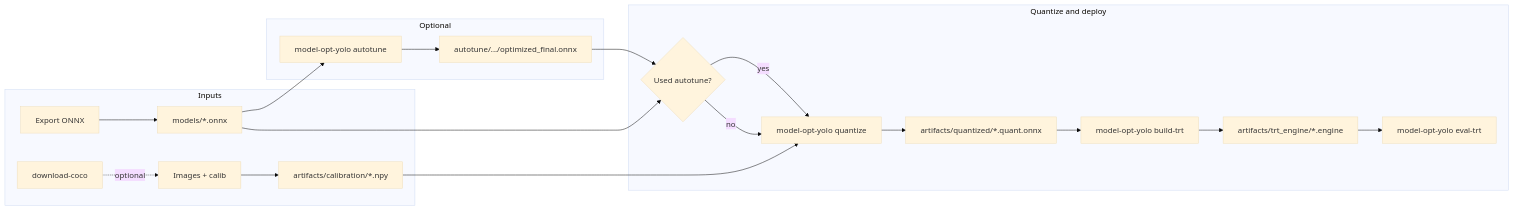
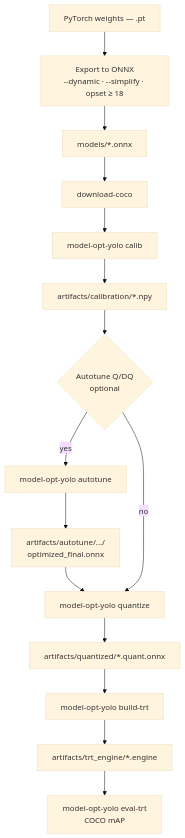
One commit to levipereira/Model-Optimizer-ONNX changed the diagram in README.md. Above: the diagram before and after it, drawn with Mermaid (base theme). The commit also changed other lines of this file and 2 other files, not shown here.

````diff
--- a/README.md
+++ b/README.md
@@ -43,24 +43,17 @@
 ```mermaid
-flowchart LR
-  subgraph prep [Inputs]
-    DC[download-coco] -.->|optional| IM[Images + calib]
-    A[Export ONNX] --> B[models/*.onnx]
-    IM --> D[artifacts/calibration/*.npy]
-  end
-  subgraph optional [Optional]
-    B --> E[model-opt-yolo autotune]
-    E --> F[autotune/.../optimized_final.onnx]
-  end
-  subgraph core [Quantize and deploy]
-    G{Used autotune?}
-    F --> G
-    B --> G
-    G -->|yes| H[model-opt-yolo quantize]
-    G -->|no| H
-    D --> H
-    H --> I[artifacts/quantized/*.quant.onnx]
-    I --> J[model-opt-yolo build-trt]
-    J --> K[artifacts/trt_engine/*.engine]
-    K --> L[model-opt-yolo eval-trt]
-  end
+flowchart TD
+  A[PyTorch weights — .pt] --> B[Export to ONNX<br/>--dynamic · --simplify · opset ≥ 18]
+  B --> C[models/*.onnx]
+  C --> H[download-coco]
+  H --> I[model-opt-yolo calib]
+  I --> J[artifacts/calibration/*.npy]
+  J --> K{Autotune Q/DQ<br/>optional}
+  K -->|yes| E[model-opt-yolo autotune]
+  E --> F[artifacts/autotune/.../<br/>optimized_final.onnx]
+  F --> Q[model-opt-yolo quantize]
+  K -->|no| Q
+  Q --> L[artifacts/quantized/*.quant.onnx]
+  L --> M[model-opt-yolo build-trt]
+  M --> N[artifacts/trt_engine/*.engine]
+  N --> O[model-opt-yolo eval-trt<br/>COCO mAP]
 ```
````
